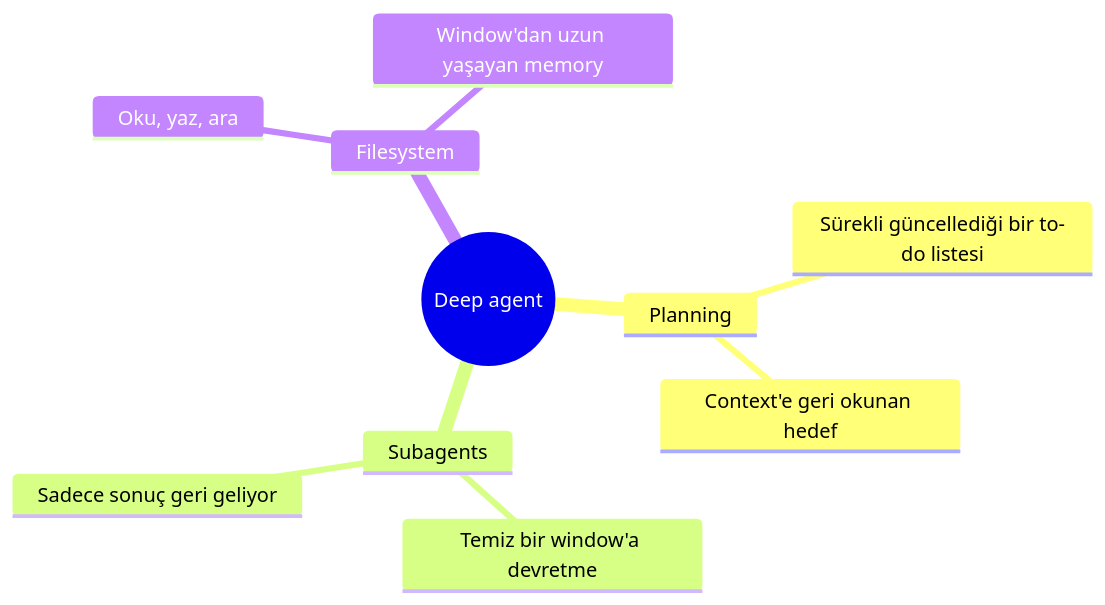
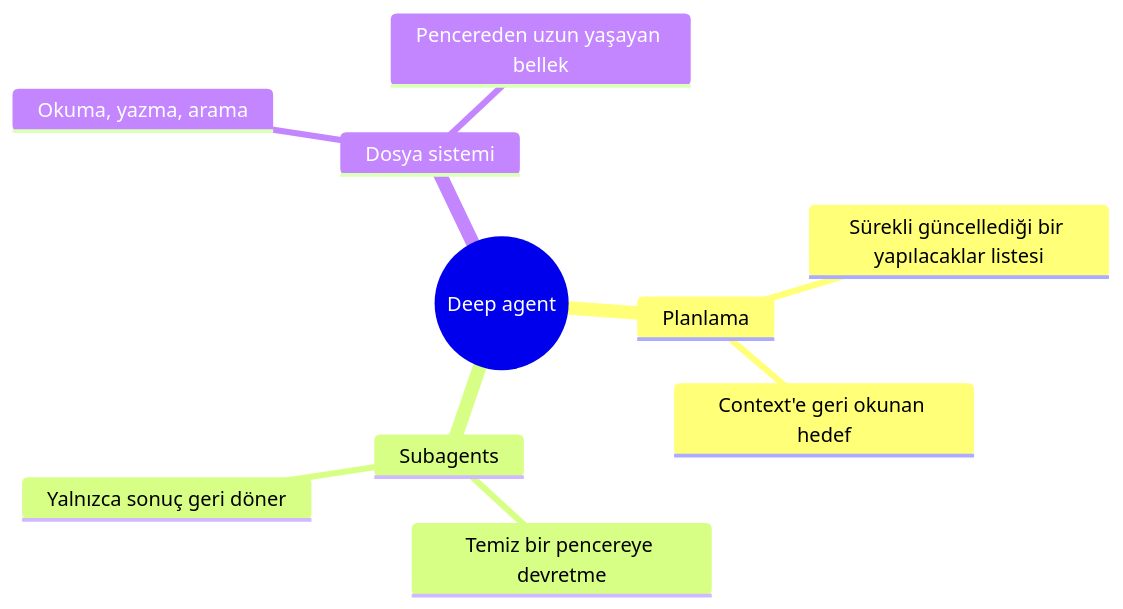
The first of 2 diagrams in mini-courses/2_intermediate/context_engineering_tr.md (lokumai/ai-engineering-bazaar), drawn with Mermaid before and after one commit. The commit also changed other lines of this file and 63 other files, not shown here.

````diff
--- a/mini-courses/2_intermediate/context_engineering_tr.md
+++ b/mini-courses/2_intermediate/context_engineering_tr.md
@@ -141,13 +142,13 @@
 ```mermaid
 mindmap
   root((Deep agent))
-    Planning
-      Sürekli güncellediği bir to-do listesi
+    Planlama
+      Sürekli güncellediği bir yapılacaklar listesi
       Context'e geri okunan hedef
     Subagents
-      Temiz bir window'a devretme
-      Sadece sonuç geri geliyor
-    Filesystem
-      Oku, yaz, ara
-      Window'dan uzun yaşayan memory
+      Temiz bir pencereye devretme
+      Yalnızca sonuç geri döner
+    Dosya sistemi
+      Okuma, yazma, arama
+      Pencereden uzun yaşayan bellek
 ```
````
